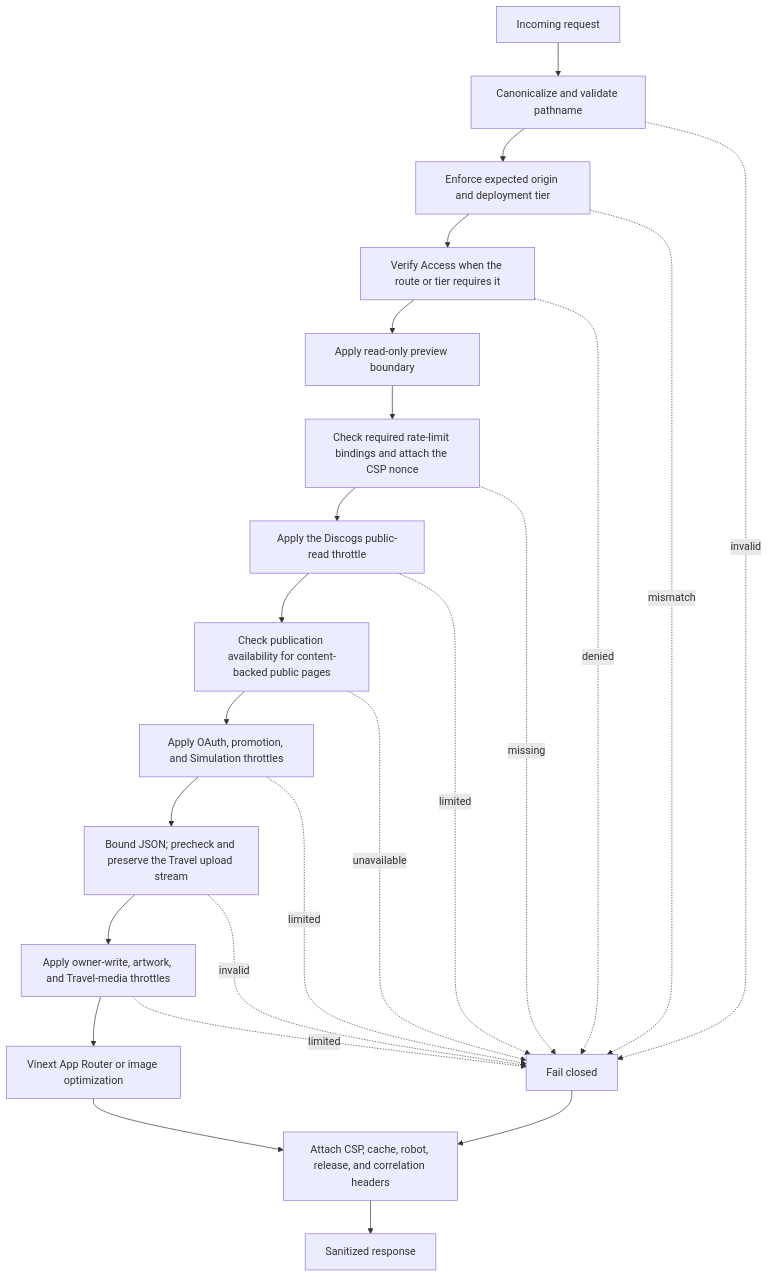
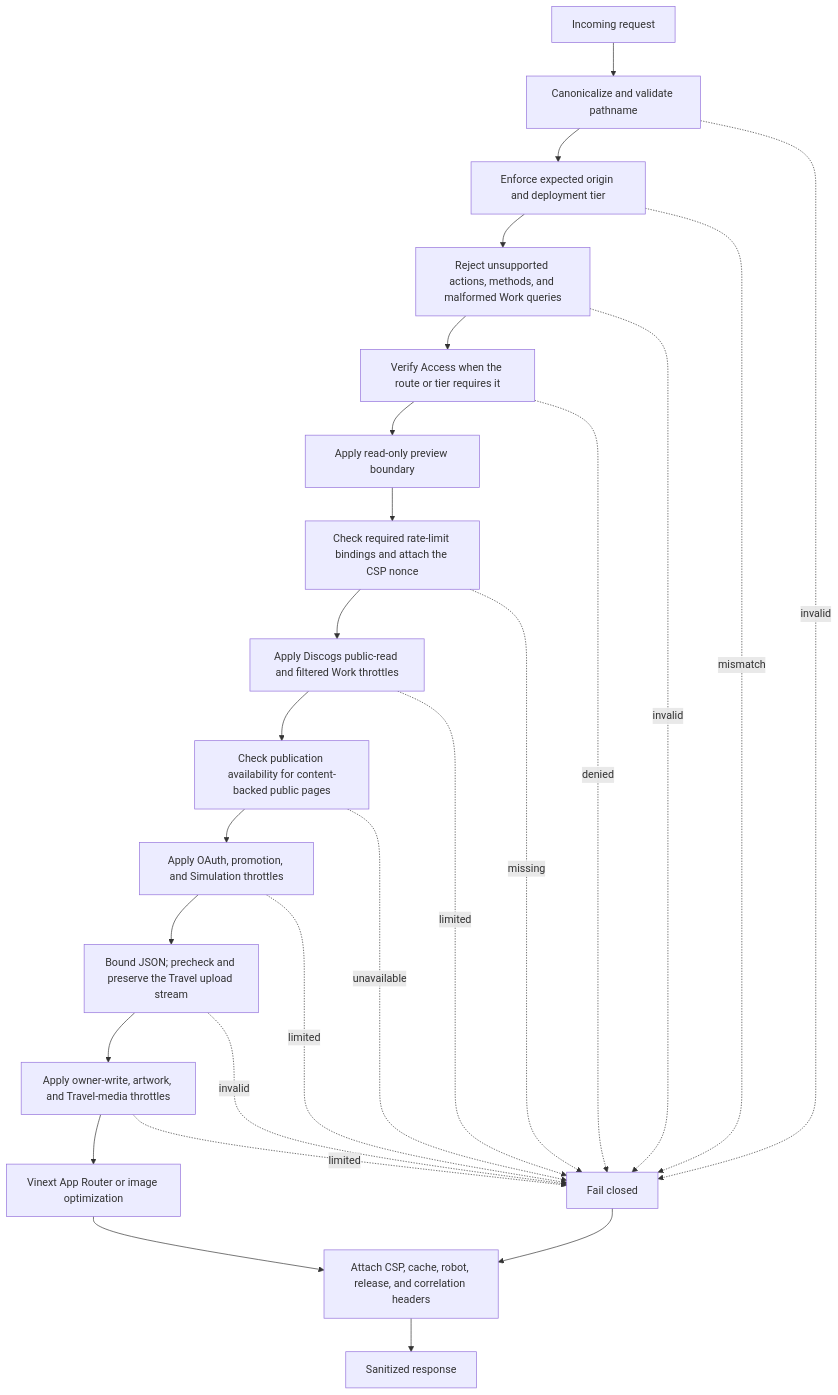
Before and after one commit to ash0ts/anish-shah-work-in-public: the second of 5 diagrams in docs/architecture/codebase-tour.md, drawn with Mermaid. The commit also changed other lines of this file and 13 other files, not shown here.

````diff
--- a/docs/architecture/codebase-tour.md
+++ b/docs/architecture/codebase-tour.md
@@ -65,26 +65,28 @@
 ```mermaid
 flowchart TD
   request["Incoming request"] --> path["Canonicalize and validate pathname"]
   path --> origin["Enforce expected origin and deployment tier"]
-  origin --> auth["Verify Access when the route or tier requires it"]
+  origin --> shape["Reject unsupported actions, methods, and malformed Work queries"]
+  shape --> auth["Verify Access when the route or tier requires it"]
   auth --> preview["Apply read-only preview boundary"]
   preview --> setup["Check required rate-limit bindings and attach the CSP nonce"]
-  setup --> discogs["Apply the Discogs public-read throttle"]
+  setup --> discogs["Apply Discogs public-read and filtered Work throttles"]
   discogs --> publication["Check publication availability for content-backed public pages"]
   publication --> early["Apply OAuth, promotion, and Simulation throttles"]
   early --> body["Bound JSON; precheck and preserve the Travel upload stream"]
   body --> late["Apply owner-write, artwork, and Travel-media throttles"]
   late --> route["Vinext App Router or image optimization"]
   route --> response["Attach CSP, cache, robot, release, and correlation headers"]
   response --> client["Sanitized response"]
   path -. "invalid" .-> reject["Fail closed"]
   origin -. "mismatch" .-> reject
+  shape -. "invalid" .-> reject
   auth -. "denied" .-> reject
   setup -. "missing" .-> reject
   discogs -. "limited" .-> reject
   publication -. "unavailable" .-> reject
   early -. "limited" .-> reject
   body -. "invalid" .-> reject
   late -. "limited" .-> reject
   reject --> response
 ```
````
